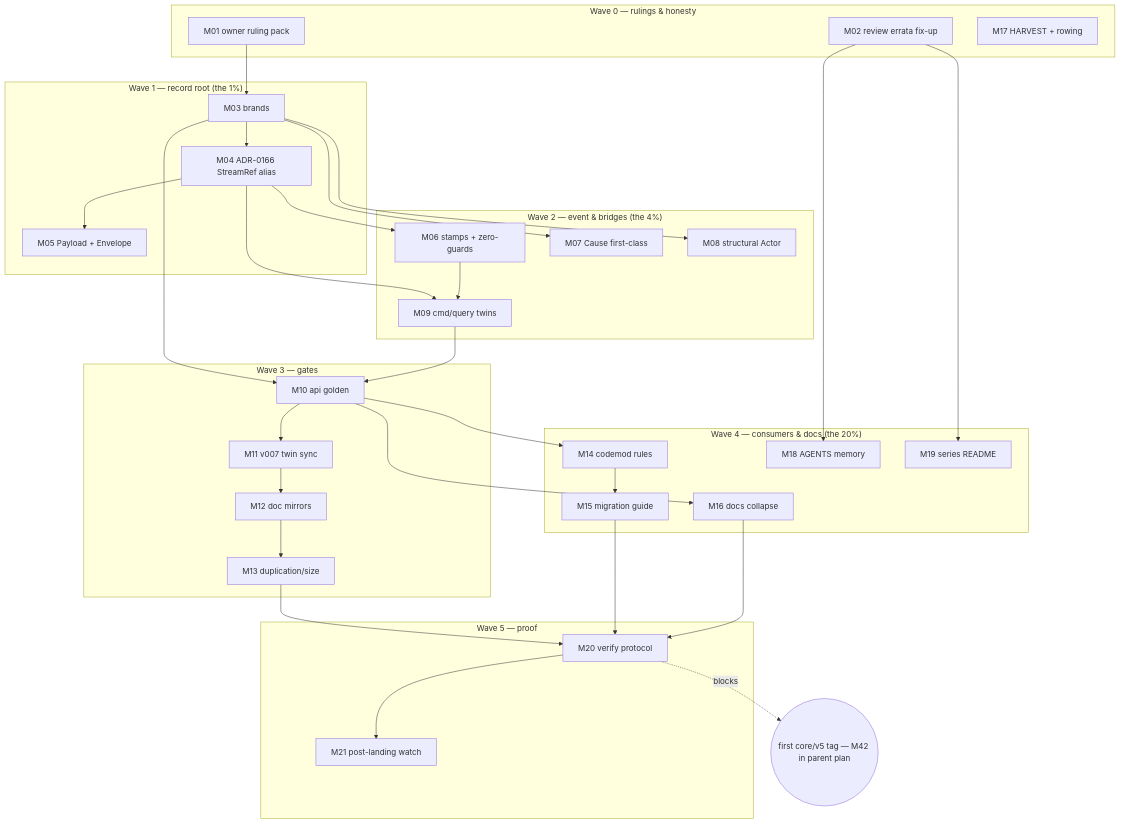
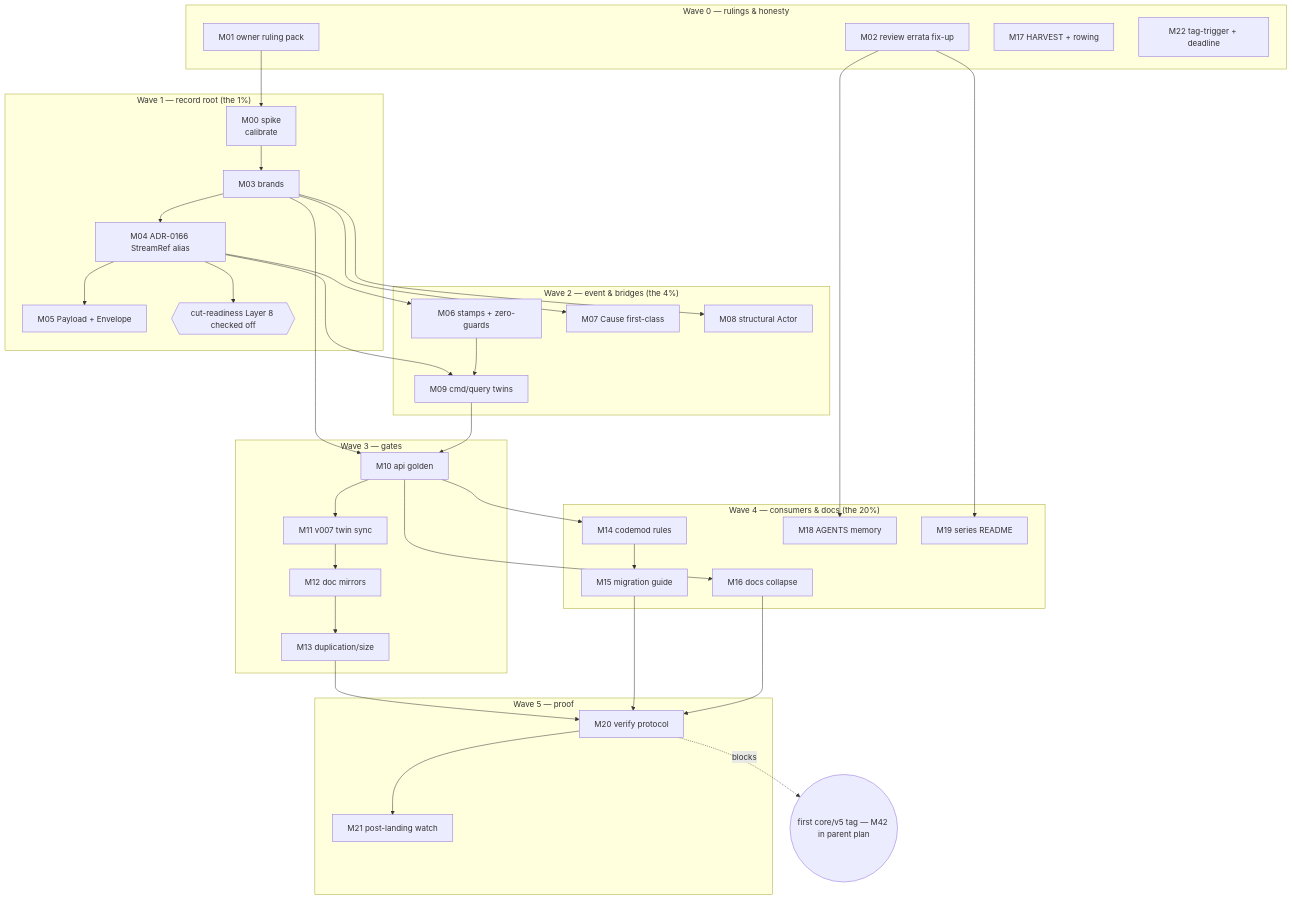
The diagram in docs/planning/2026-11-19_20-52_SUPERB-v5-core-type-finalization-pareto-plan.md (LarsArtmann/go-cqrs-lite), drawn with Mermaid before and after one commit. The commit also changed other lines of this file, not shown here.

````diff
--- a/docs/planning/2026-11-19_20-52_SUPERB-v5-core-type-finalization-pareto-plan.md
+++ b/docs/planning/2026-11-19_20-52_SUPERB-v5-core-type-finalization-pareto-plan.md
@@ -217,56 +245,61 @@
 ```mermaid
 graph TD
     subgraph W0["Wave 0 — rulings & honesty"]
         M01[M01 owner ruling pack]
         M02[M02 review errata fix-up]
         M17[M17 HARVEST + rowing]
+        M22[M22 tag-trigger + deadline]
     end
     subgraph W1["Wave 1 — record root (the 1%)"]
+        M00[M00 spike\ncalibrate]
         M03[M03 brands]
         M04[M04 ADR-0166 StreamRef alias]
         M05[M05 Payload + Envelope]
+        L8{{cut-readiness Layer 8 checked off}}
     end
     subgraph W2["Wave 2 — event & bridges (the 4%)"]
         M06[M06 stamps + zero-guards]
         M07[M07 Cause first-class]
         M08[M08 structural Actor]
         M09[M09 cmd/query twins]
     end
     subgraph W3["Wave 3 — gates"]
         M10[M10 api golden]
         M11[M11 v007 twin sync]
         M12[M12 doc mirrors]
         M13[M13 duplication/size]
     end
     subgraph W4["Wave 4 — consumers & docs (the 20%)"]
         M14[M14 codemod rules]
         M15[M15 migration guide]
         M16[M16 docs collapse]
         M18[M18 AGENTS memory]
         M19[M19 series README]
     end
     subgraph W5["Wave 5 — proof"]
         M20[M20 verify protocol]
         M21[M21 post-landing watch]
     end
-    M01-->M03
+    M01-->M00
+    M00-->M03
     M03-->M04-->M05
+    M04-->L8
     M04-->M06
     M03-->M07
     M03-->M08
     M04-->M09
     M06-->M09
     M03-->M10
     M09-->M10
     M10-->M11-->M12-->M13
     M10-->M14-->M15
     M10-->M16
     M02-->M18
     M02-->M19
     M13-->M20
     M15-->M20
     M16-->M20
     M20-->M21
     TAG((first core/v5 tag — M42 in parent plan))
     M20-.blocks.->TAG
 ```
````
